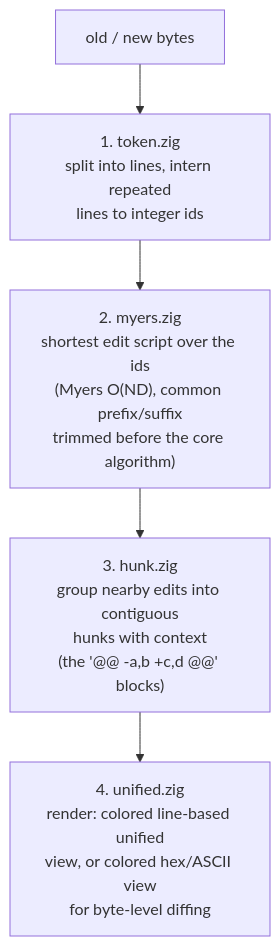
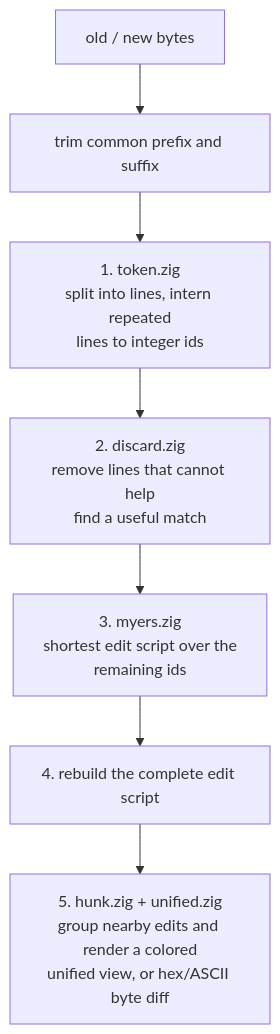
One commit to akiidjk/zdiff changed the diagram in README.md. Above: the diagram before and after it, drawn with Mermaid. The commit also changed other lines of this file and 13 other files, not shown here.

````diff
--- a/README.md
+++ b/README.md
@@ -11,8 +12,9 @@
 ```mermaid
 flowchart TD
-    A["old / new bytes"] --> B
-    B["1. token.zig<br/>split into lines, intern repeated<br/>lines to integer ids"] --> C
-    C["2. myers.zig<br/>shortest edit script over the ids<br/>(Myers O(ND), common prefix/suffix<br/>trimmed before the core algorithm)"] --> D
-    D["3. hunk.zig<br/>group nearby edits into contiguous<br/>hunks with context<br/>(the '@@ -a,b +c,d @@' blocks)"] --> E
-    E["4. unified.zig<br/>render: colored line-based unified<br/>view, or colored hex/ASCII view<br/>for byte-level diffing"]
+    A["old / new bytes"] --> B["trim common prefix and suffix"] --> C
+    C["1. token.zig<br/>split into lines, intern repeated<br/>lines to integer ids"] --> D
+    D["2. discard.zig<br/>remove lines that cannot help<br/>find a useful match"] --> E
+    E["3. myers.zig<br/>shortest edit script over the<br/>remaining ids"] --> F
+    F["4. rebuild the complete edit script"] --> G
+    G["5. hunk.zig + unified.zig<br/>group nearby edits and render a colored<br/>unified view, or hex/ASCII byte diff"]
 ```
````
